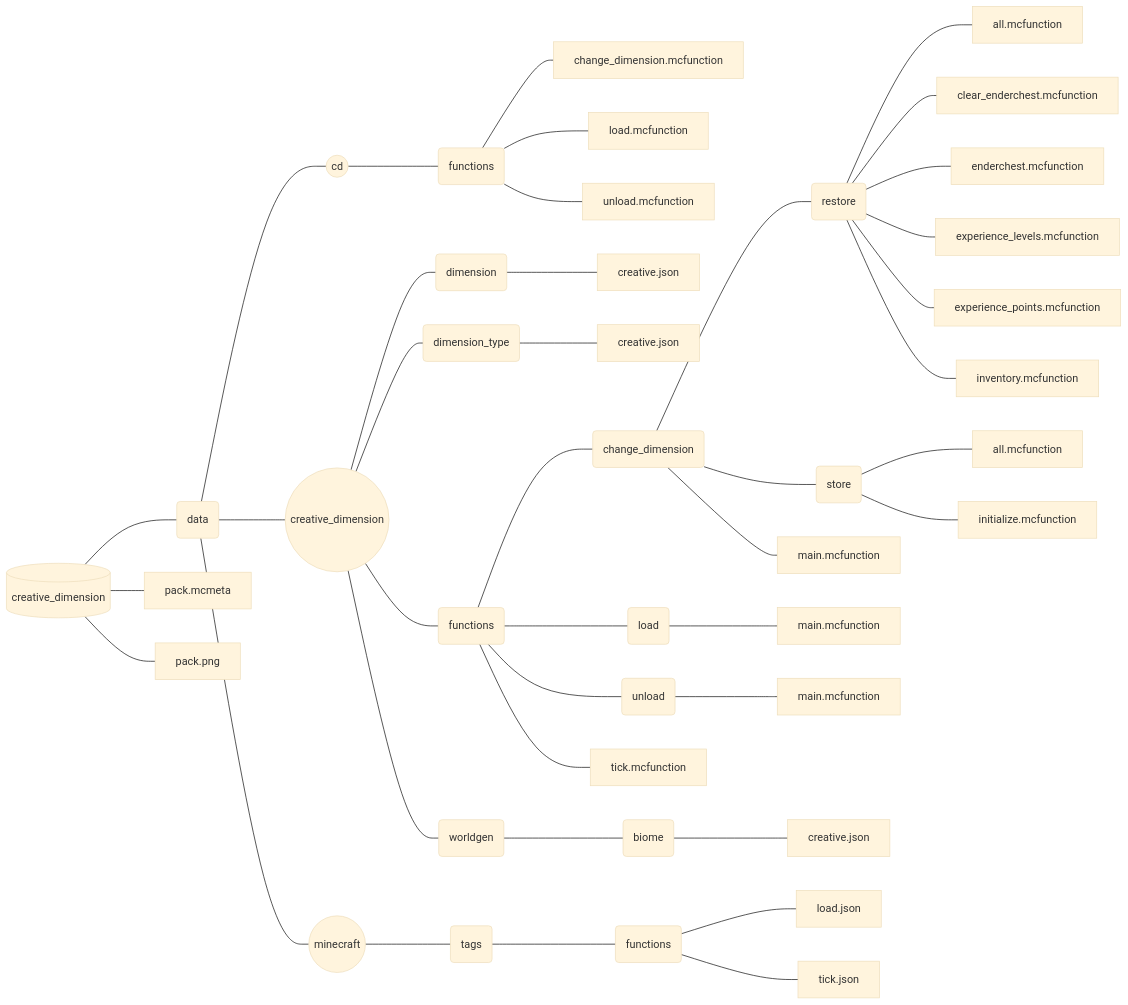
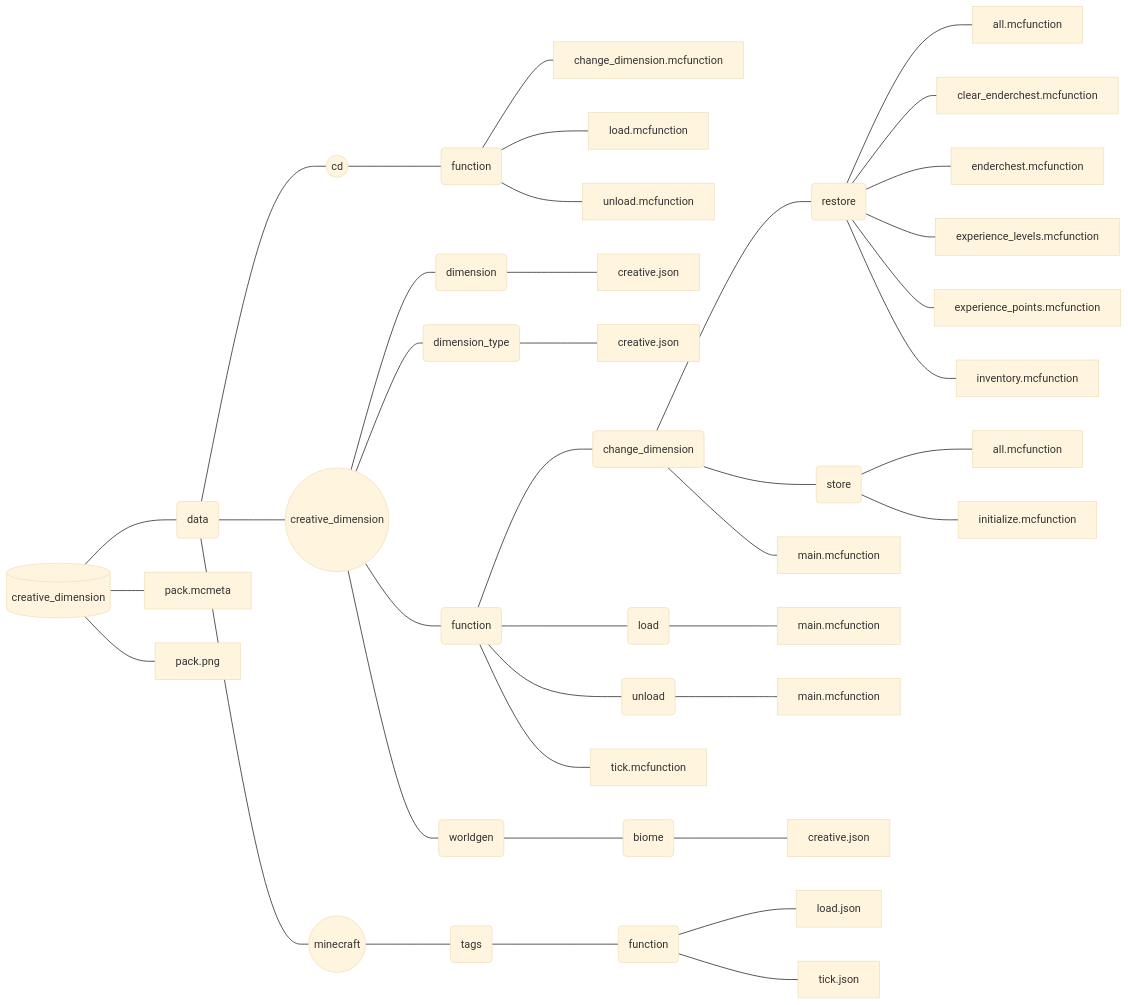
One commit to Srymm/creative_dimension changed the second of 2 diagrams in README.md. Above: the diagram before and after it, drawn with Mermaid (base theme). The commit also changed other lines of this file and 18 other files, not shown here.

````diff
--- a/README.md
+++ b/README.md
@@ -90,34 +90,34 @@
 ```mermaid
 graph LR
 PACK[(creative_dimension)]
 PACK --- DATA(data)
-         DATA --- CD((cd)) --- INTERFACE(functions)
+         DATA --- CD((cd)) --- INTERFACE(function)
                                INTERFACE --- A[change_dimension.mcfunction]
                                INTERFACE --- C[load.mcfunction]
                                INTERFACE --- D[unload.mcfunction]
          DATA --- CREATIVE_DIMENSION((creative_dimension))
                   CREATIVE_DIMENSION --- DIMENSION(dimension) --- E[creative.json]
                   CREATIVE_DIMENSION --- DIMENSION_TYPE(dimension_type) --- F[creative.json]
-                  CREATIVE_DIMENSION --- FUNCTIONS(functions)
-                                         FUNCTIONS --- CHANGE_DIMENSION(change_dimension)
-                                                       CHANGE_DIMENSION --- RESTORE(restore)
-                                                                            RESTORE --- H[all.mcfunction]
-                                                                            RESTORE --- I[clear_enderchest.mcfunction]
-                                                                            RESTORE --- J[enderchest.mcfunction]
-                                                                            RESTORE --- K[experience_levels.mcfunction]
-                                                                            RESTORE --- L[experience_points.mcfunction]
-                                                                            RESTORE --- M[inventory.mcfunction]
-                                                       CHANGE_DIMENSION --- STORE(store)
-                                                                            STORE --- N[all.mcfunction]
-                                                                            STORE --- O[initialize.mcfunction]
-                                                       CHANGE_DIMENSION --- P[main.mcfunction]
-                                         FUNCTIONS --- LOAD(load) --- R[main.mcfunction]
-                                         FUNCTIONS --- UNLOAD(unload) --- S[main.mcfunction]
-                                         FUNCTIONS --- T[tick.mcfunction]
+                  CREATIVE_DIMENSION --- FUNCTION(function)
+                                         FUNCTION --- CHANGE_DIMENSION(change_dimension)
+                                                      CHANGE_DIMENSION --- RESTORE(restore)
+                                                                           RESTORE --- H[all.mcfunction]
+                                                                           RESTORE --- I[clear_enderchest.mcfunction]
+                                                                           RESTORE --- J[enderchest.mcfunction]
+                                                                           RESTORE --- K[experience_levels.mcfunction]
+                                                                           RESTORE --- L[experience_points.mcfunction]
+                                                                           RESTORE --- M[inventory.mcfunction]
+                                                      CHANGE_DIMENSION --- STORE(store)
+                                                                           STORE --- N[all.mcfunction]
+                                                                           STORE --- O[initialize.mcfunction]
+                                                      CHANGE_DIMENSION --- P[main.mcfunction]
+                                         FUNCTION --- LOAD(load) --- R[main.mcfunction]
+                                         FUNCTION --- UNLOAD(unload) --- S[main.mcfunction]
+                                         FUNCTION --- T[tick.mcfunction]
                   CREATIVE_DIMENSION --- WORLDGEN(worldgen) --- BIOME(biome) --- U[creative.json]
-         DATA --- MINECRAFT((minecraft)) --- TAGS(tags) --- AUTOMATICALLY(functions)
+         DATA --- MINECRAFT((minecraft)) --- TAGS(tags) --- AUTOMATICALLY(function)
                                                             AUTOMATICALLY --- V[load.json]
                                                             AUTOMATICALLY --- W[tick.json]
 PACK --- X[pack.mcmeta]
 PACK --- Y[pack.png]
 ```
````
